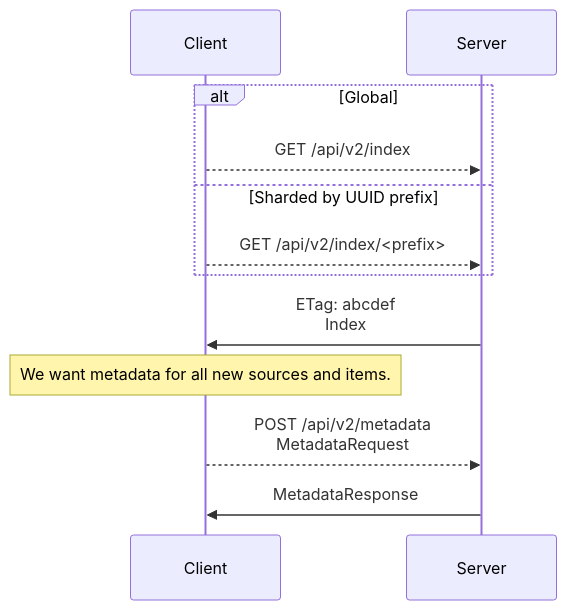
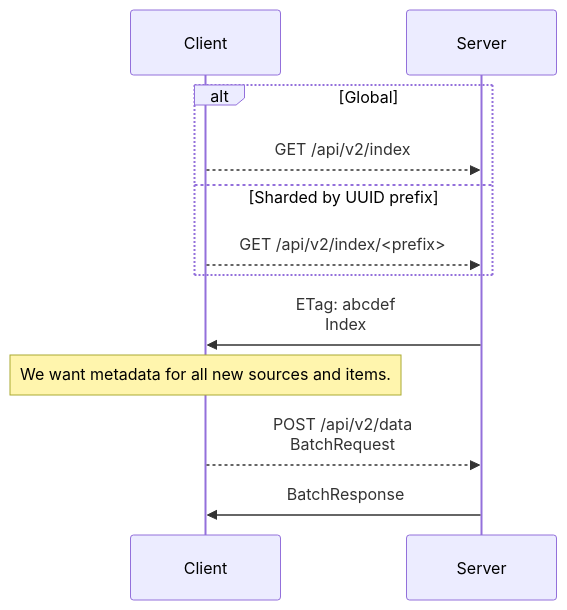
Before and after one commit to ppker/securedrop: the first of 4 diagrams in API2.md, drawn with Mermaid. The commit also changed other lines of this file, not shown here.

Commit message:
docs: MetadataRequest is now BatchRequest, etc.

````diff
--- a/API2.md
+++ b/API2.md
@@ -72,16 +72,16 @@
 ```mermaid
 sequenceDiagram
 participant Client
 participant Server
 
 alt Global
     Client -->> Server: GET /api/v2/index
 else Sharded by UUID prefix
     Client -->> Server: GET /api/v2/index/<prefix>
 end
 
 Server ->> Client: ETag: abcdef<br>Index
 Note over Client: We want metadata for all new sources and items.
-Client -->> Server: POST /api/v2/metadata<br>MetadataRequest
-Server ->> Client: MetadataResponse
+Client -->> Server: POST /api/v2/data<br>BatchRequest
+Server ->> Client: BatchResponse
 ```
````
